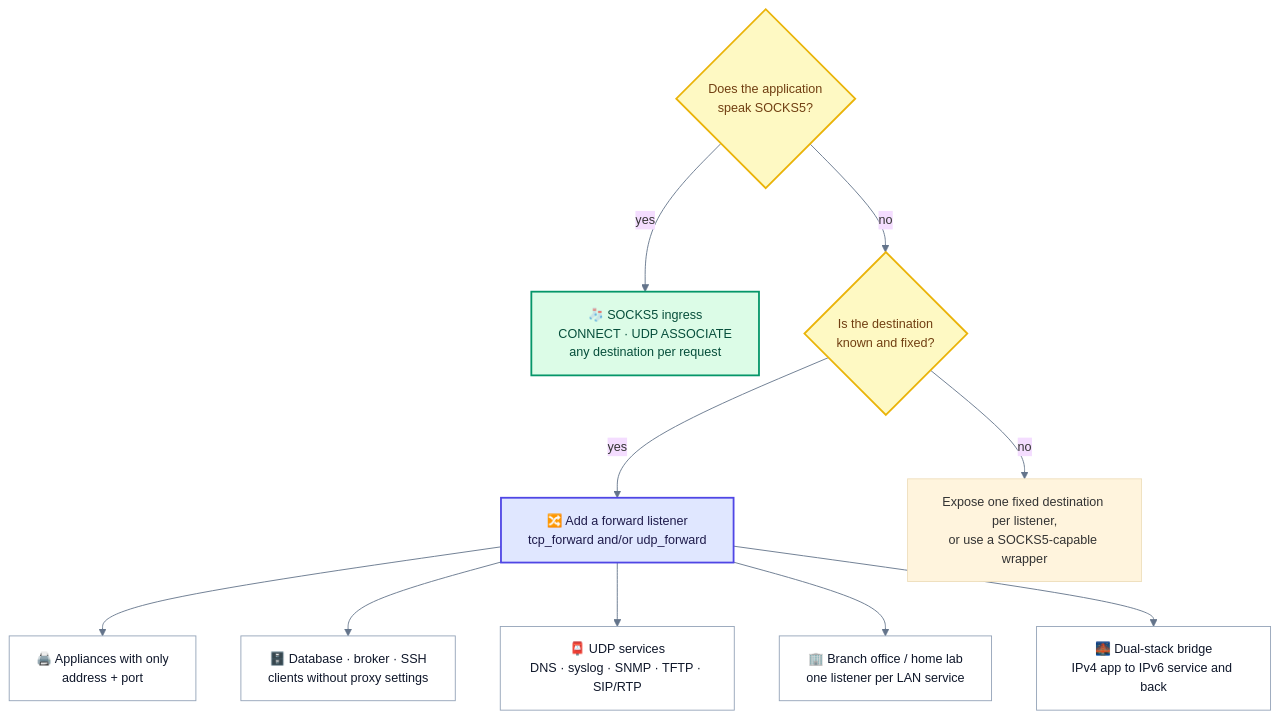
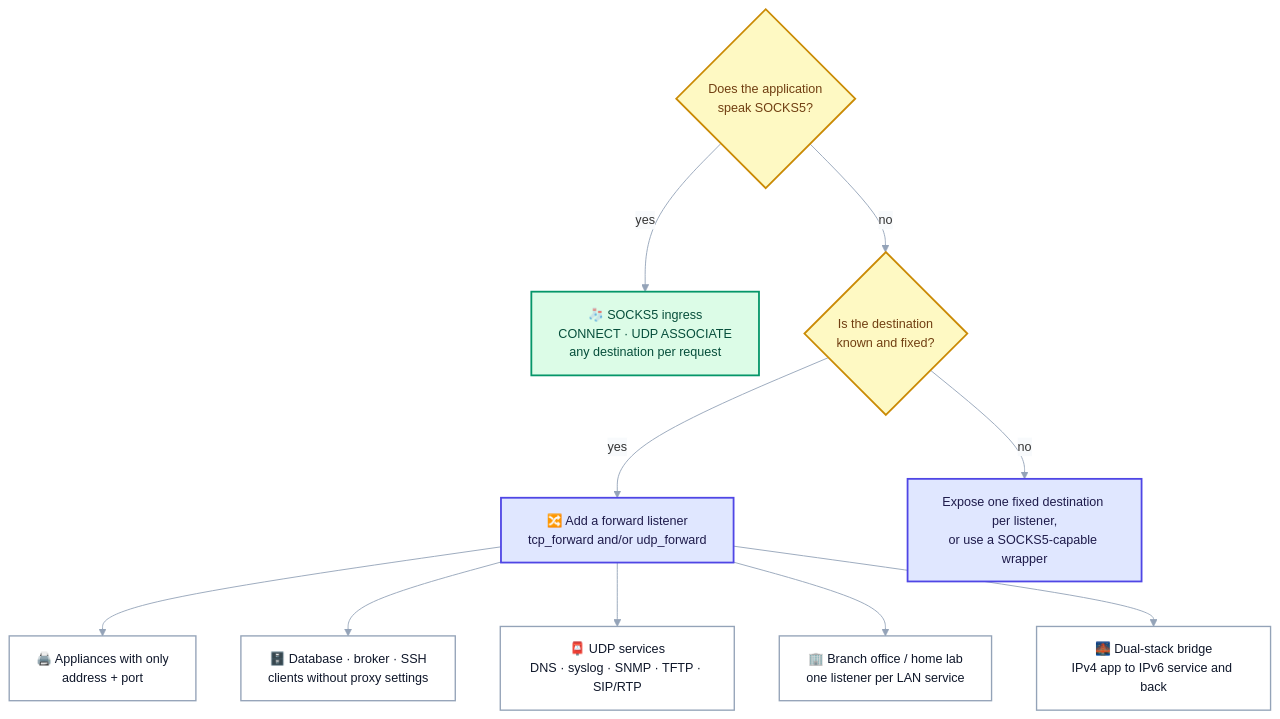
One commit to Terutoki/MyQUIC2 changed the second of 31 diagrams in README.md. Above: the diagram before and after it, drawn with Mermaid. The commit also changed other lines of this file and 14 other files, not shown here.

First line of the commit message:
docs(readme): remove static art and redraw Mermaid atlas

````diff
--- a/README.md
+++ b/README.md
@@ -630,23 +601,24 @@
 ```mermaid
-%%{init: {"theme":"base","themeVariables":{"fontSize":"14px","lineColor":"#64748b"}}}%%
+%%{init: {"theme":"base","themeVariables":{"fontSize":"14px","lineColor":"#94a3b8","textColor":"#0f172a","edgeLabelBackground":"#f8fafc"}}}%%
 flowchart TB
+    accTitle: Choosing an ingress mode
+    accDescr: Use SOCKS5 when the application can speak it; otherwise add a fixed-destination forward listener for a known address and port.
     Q{"Does the application<br/>speak SOCKS5?"}
     Q -->|"yes"| SOCKS["🧦 SOCKS5 ingress<br/>CONNECT · UDP ASSOCIATE<br/>any destination per request"]
     Q -->|"no"| FIXED{"Is the destination<br/>known and fixed?"}
     FIXED -->|"yes"| FWD["🔀 Add a forward listener<br/>tcp_forward and/or udp_forward"]
     FIXED -->|"no"| WRAP["Expose one fixed destination per listener,<br/>or use a SOCKS5-capable wrapper"]
     FWD --> S1["🖨️ Appliances with only<br/>address + port"]
     FWD --> S2["🗄️ Database · broker · SSH<br/>clients without proxy settings"]
     FWD --> S3["📮 UDP services<br/>DNS · syslog · SNMP · TFTP · SIP/RTP"]
     FWD --> S4["🏢 Branch office / home lab<br/>one listener per LAN service"]
     FWD --> S5["🌉 Dual-stack bridge<br/>IPv4 app to IPv6 service and back"]
-    style Q fill:#fef9c3,stroke:#eab308,stroke-width:2px,color:#713f12
-    style FIXED fill:#fef9c3,stroke:#eab308,stroke-width:2px,color:#713f12
-    style SOCKS fill:#dcfce7,stroke:#059669,stroke-width:2px,color:#064e3b
-    style FWD fill:#e0e7ff,stroke:#4f46e5,stroke-width:2px,color:#1e1b4b
-    style S1 fill:#ffffff,stroke:#94a3b8,color:#0f172a
-    style S2 fill:#ffffff,stroke:#94a3b8,color:#0f172a
-    style S3 fill:#ffffff,stroke:#94a3b8,color:#0f172a
-    style S4 fill:#ffffff,stroke:#94a3b8,color:#0f172a
-    style S5 fill:#ffffff,stroke:#94a3b8,color:#0f172a
+    classDef decision fill:#fef9c3,stroke:#ca8a04,stroke-width:2px,color:#713f12
+    classDef edge fill:#dcfce7,stroke:#059669,stroke-width:2px,color:#064e3b
+    classDef tunnel fill:#e0e7ff,stroke:#4f46e5,stroke-width:2px,color:#1e1b4b
+    classDef app fill:#ffffff,stroke:#94a3b8,stroke-width:1.5px,color:#0f172a
+    class Q,FIXED decision
+    class SOCKS edge
+    class FWD,WRAP tunnel
+    class S1,S2,S3,S4,S5 app
 ```
````
